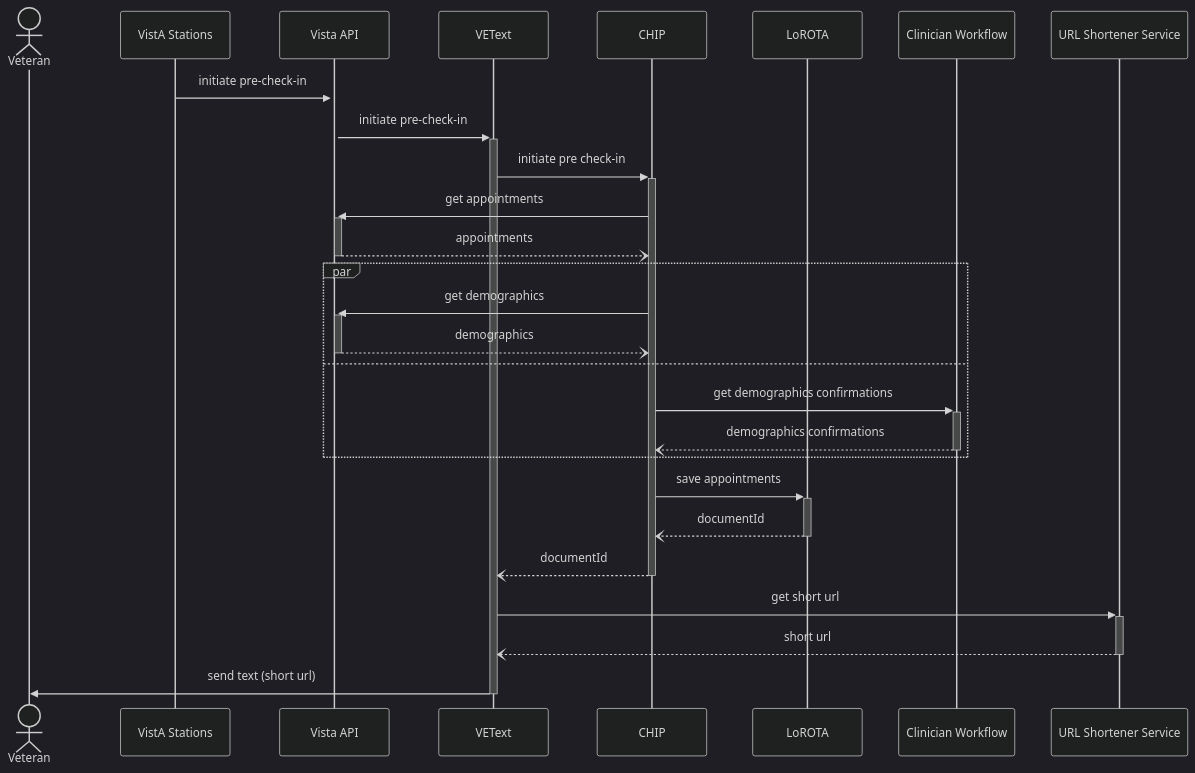
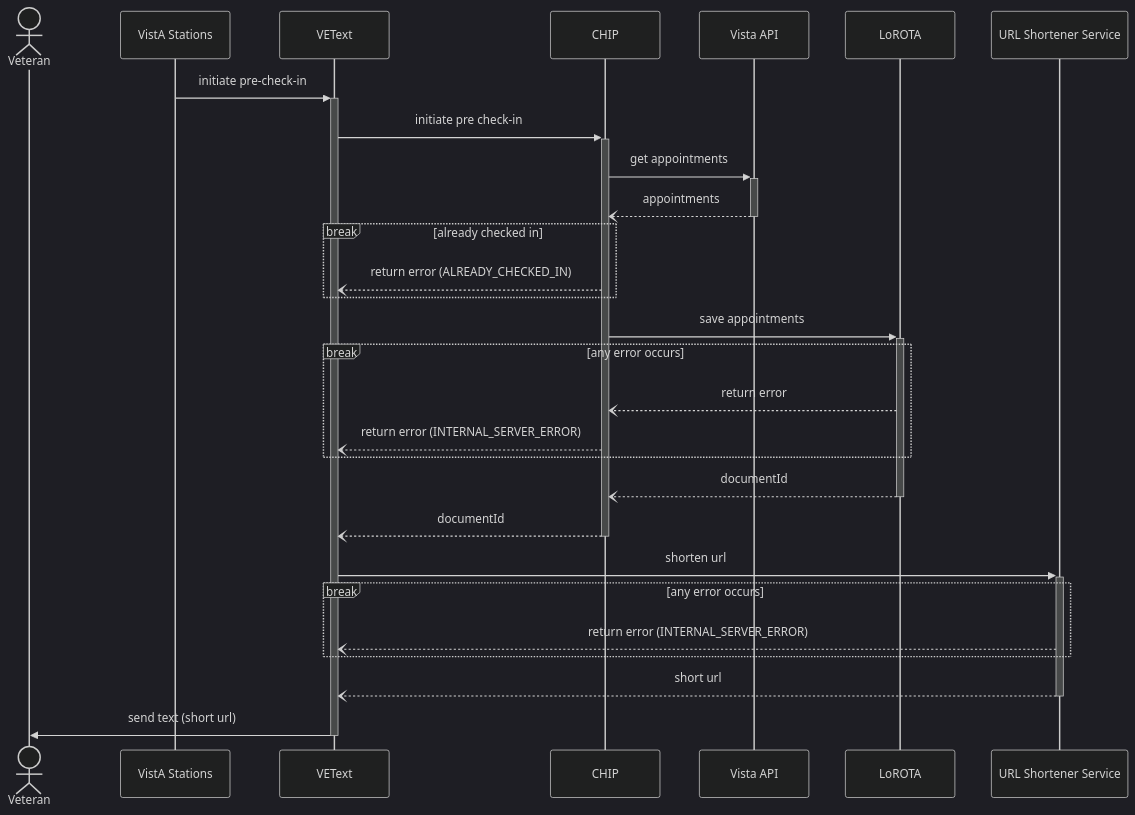
One commit to department-of-veterans-affairs/va.gov-team changed the first of 4 diagrams in products/health-care/checkin/engineering/architecture-diagrams/sequenceDiagram_preCheckInExp.md. Above: the diagram before and after it, drawn with Mermaid (dark theme).

````diff
--- a/products/health-care/checkin/engineering/architecture-diagrams/sequenceDiagram_preCheckInExp.md
+++ b/products/health-care/checkin/engineering/architecture-diagrams/sequenceDiagram_preCheckInExp.md
@@ -6,30 +6,37 @@
 ```mermaid
 sequenceDiagram
     actor vet as Veteran
     participant val as VistA Stations
-    participant va as Vista API
     participant vt as VEText
     participant c as CHIP
+    participant va as Vista API
     participant l as LoROTA
-    participant cw as Clinician Workflow
     participant url as URL Shortener Service
 
-    val->>+va: initiate pre-check-in
-    va->>+vt: initiate pre-check-in
+    val->>+vt: initiate pre-check-in
     vt->>+c: initiate pre check-in
+
     c->>+va: get appointments
     va--)-c: appointments
-    par
-    c->>+va: get demographics
-    va--)-c: demographics
-    and
-    c->>+cw: get demographics confirmations
-    cw--)-c: demographics confirmations
+
+    break already checked in
+      c--)vt: return error (ALREADY_CHECKED_IN)
     end
+
     c->>+l: save appointments
+    break any error occurs
+      l--)c: return error
+      c--)vt: return error (INTERNAL_SERVER_ERROR)
+    end
     l--)-c: documentId
+
     c--)-vt: documentId
-    vt->>+url: get short url
+
+    vt->>+url: shorten url
+    break any error occurs
+      url--)vt: return error (INTERNAL_SERVER_ERROR)
+    end
     url--)-vt: short url
+
     vt->>-vet: send text (short url)
 ```
````
